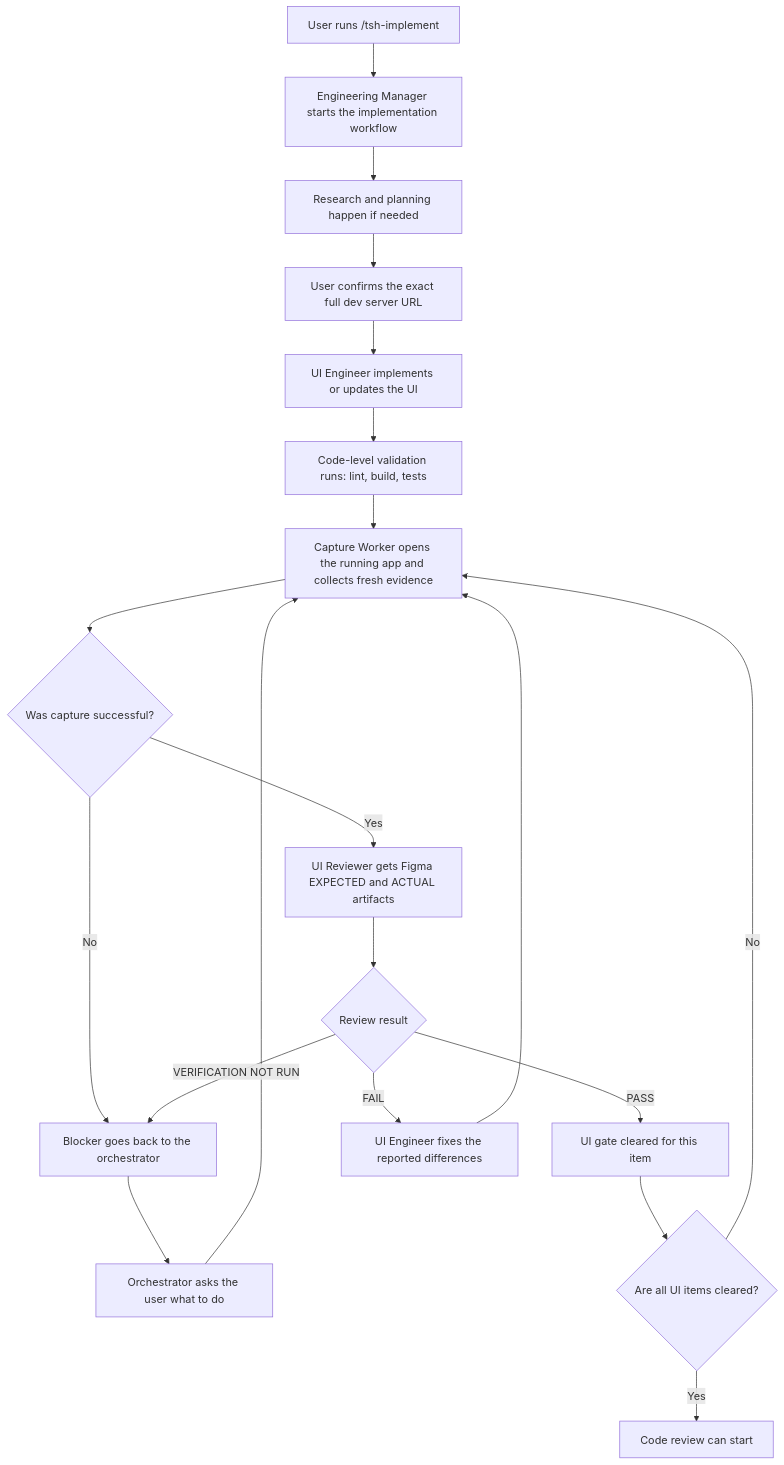
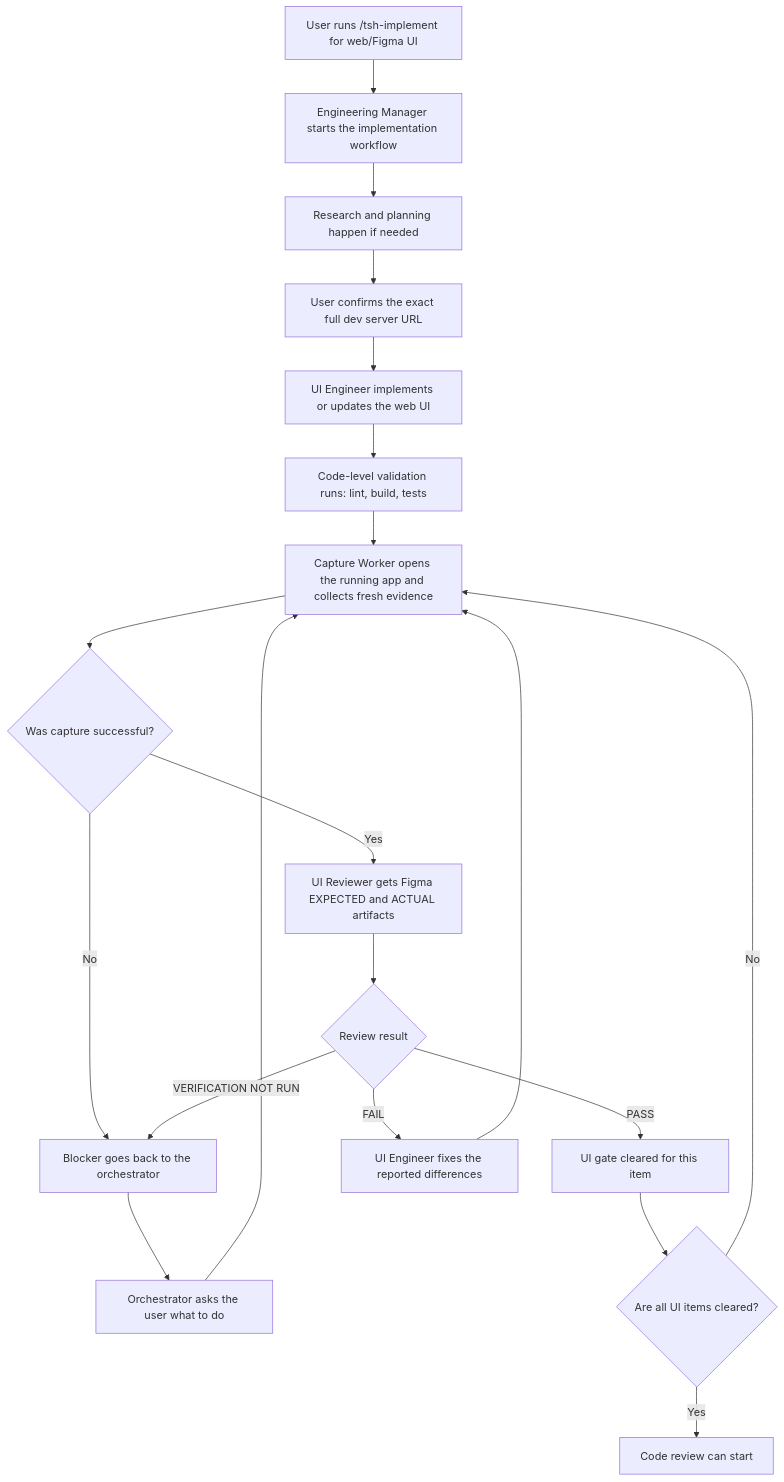
One commit to TheSoftwareHouse/copilot-collections changed the diagram in website/docs/workflow/ui-verification-flow.md. Above: the diagram before and after it, drawn with Mermaid. The commit also changed other lines of this file and 32 other files, not shown here.

````diff
--- a/website/docs/workflow/ui-verification-flow.md
+++ b/website/docs/workflow/ui-verification-flow.md
@@ -24,22 +30,22 @@
 ```mermaid
 flowchart TD
-    A[User runs /tsh-implement] --> B[Engineering Manager starts the implementation workflow]
+    A[User runs /tsh-implement for web/Figma UI] --> B[Engineering Manager starts the implementation workflow]
     B --> C[Research and planning happen if needed]
     C --> D[User confirms the exact full dev server URL]
-    D --> E[UI Engineer implements or updates the UI]
+    D --> E[UI Engineer implements or updates the web UI]
     E --> F[Code-level validation runs: lint, build, tests]
     F --> G[Capture Worker opens the running app and collects fresh evidence]
     G --> H{Was capture successful?}
     H -- No --> I[Blocker goes back to the orchestrator]
     I --> J[Orchestrator asks the user what to do]
     J --> G
     H -- Yes --> K[UI Reviewer gets Figma EXPECTED and ACTUAL artifacts]
     K --> L{Review result}
     L -- PASS --> M[UI gate cleared for this item]
     L -- FAIL --> N[UI Engineer fixes the reported differences]
     N --> G
     L -- VERIFICATION NOT RUN --> I
     M --> O{Are all UI items cleared?}
     O -- No --> G
     O -- Yes --> P[Code review can start]
 ```
````
